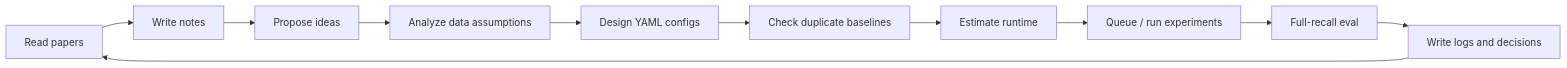
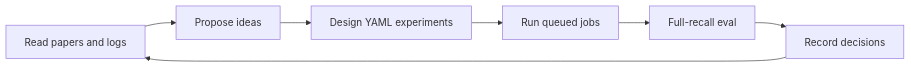
The first of 2 diagrams in README.md (yzq986/nanoGenRec), drawn with Mermaid before and after one commit. The commit also changed other lines of this file and 4 other files, not shown here.

````diff
--- a/README.md
+++ b/README.md
@@ -36,13 +32,9 @@
 ```mermaid
 graph LR
-    A["Read papers"] --> B["Write notes"]
-    B --> C["Propose ideas"]
-    C --> D["Analyze data assumptions"]
-    D --> E["Design YAML configs"]
-    E --> F["Check duplicate baselines"]
-    F --> G["Estimate runtime"]
-    G --> H["Queue / run experiments"]
-    H --> I["Full-recall eval"]
-    I --> J["Write logs and decisions"]
-    J --> A
+    A["Read papers and logs"] --> B["Propose ideas"]
+    B --> C["Design YAML experiments"]
+    C --> D["Run queued jobs"]
+    D --> E["Full-recall eval"]
+    E --> F["Record decisions"]
+    F --> A
 ```
````
